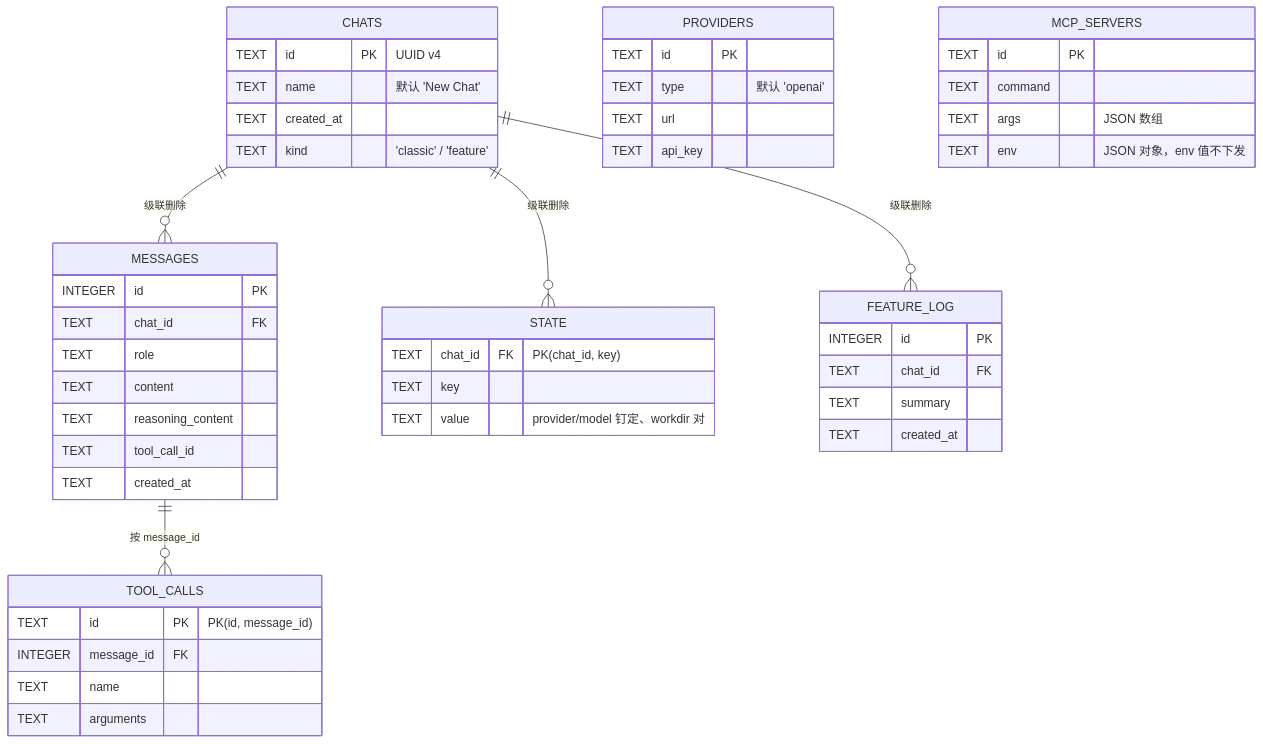
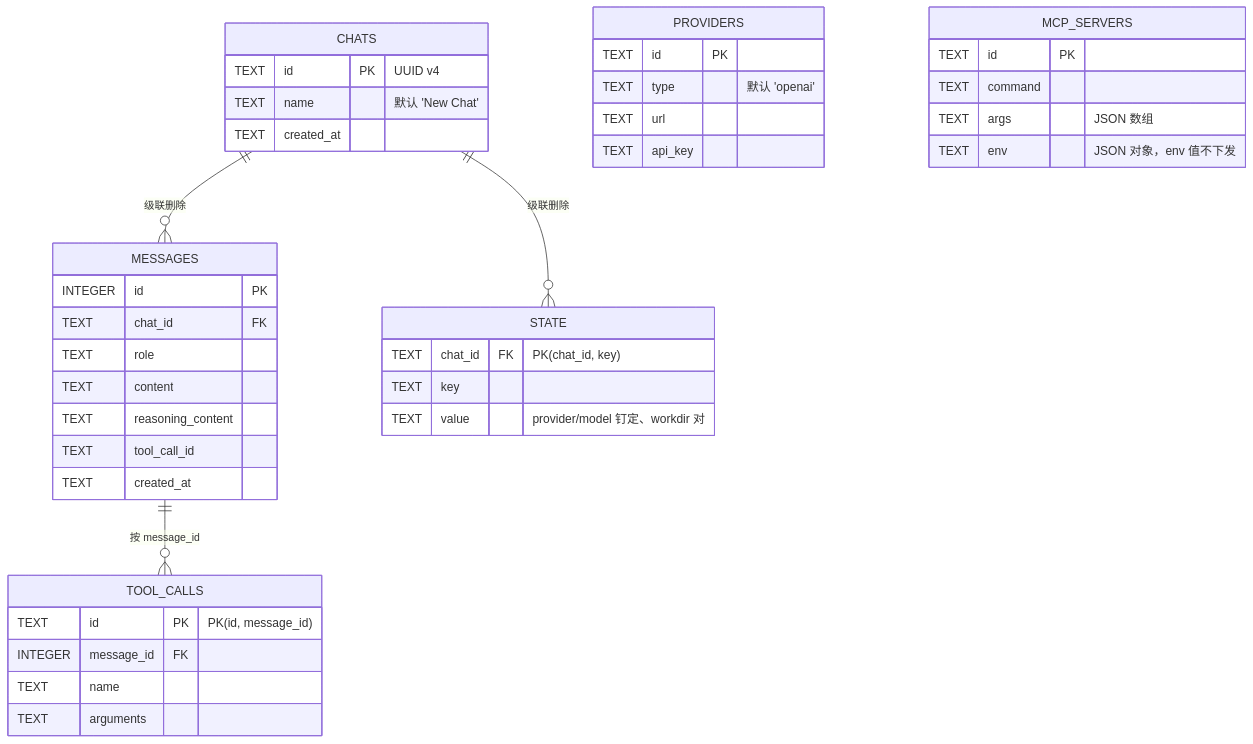
One commit to km0e/flux changed the sixth of 8 diagrams in docs/architecture.md. Above: the diagram before and after it, drawn with Mermaid. The commit also changed other lines of this file and 69 other files, not shown here.

First line of the commit message:
Remove feature mode — chat kinds deleted, experimental line lives on the feature-mode branch

````diff
--- a/docs/architecture.md
+++ b/docs/architecture.md
@@ -295,52 +290,44 @@
 ```mermaid
 erDiagram
  CHATS ||--o{ MESSAGES : "级联删除"
  CHATS ||--o{ STATE : "级联删除"
- CHATS ||--o{ FEATURE_LOG : "级联删除"
  MESSAGES ||--o{ TOOL_CALLS : "按 message_id"
 
  CHATS {
  TEXT id PK "UUID v4"
  TEXT name "默认 'New Chat'"
  TEXT created_at
- TEXT kind "'classic' / 'feature'"
  }
  MESSAGES {
  INTEGER id PK
  TEXT chat_id FK
  TEXT role
  TEXT content
  TEXT reasoning_content
  TEXT tool_call_id
  TEXT created_at
  }
  TOOL_CALLS {
  TEXT id PK "PK(id, message_id)"
  INTEGER message_id FK
  TEXT name
  TEXT arguments
  }
  STATE {
  TEXT chat_id FK "PK(chat_id, key)"
  TEXT key
  TEXT value "provider/model 钉定、workdir 对"
  }
  PROVIDERS {
  TEXT id PK
  TEXT type "默认 'openai'"
  TEXT url
  TEXT api_key
  }
  MCP_SERVERS {
  TEXT id PK
  TEXT command
  TEXT args "JSON 数组"
  TEXT env "JSON 对象，env 值不下发"
  }
- FEATURE_LOG {
- INTEGER id PK
- TEXT chat_id FK
- TEXT summary
- TEXT created_at
- }
 ```
````
